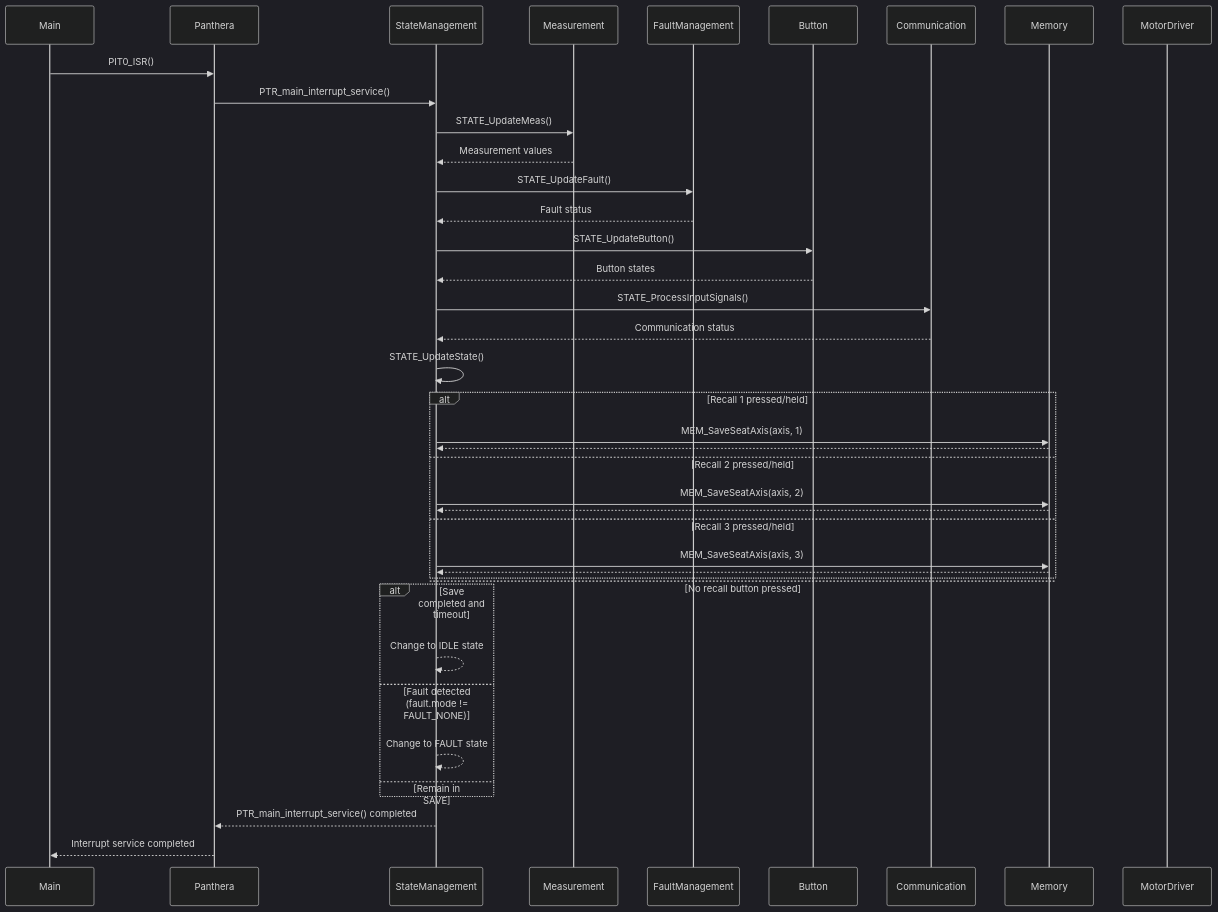
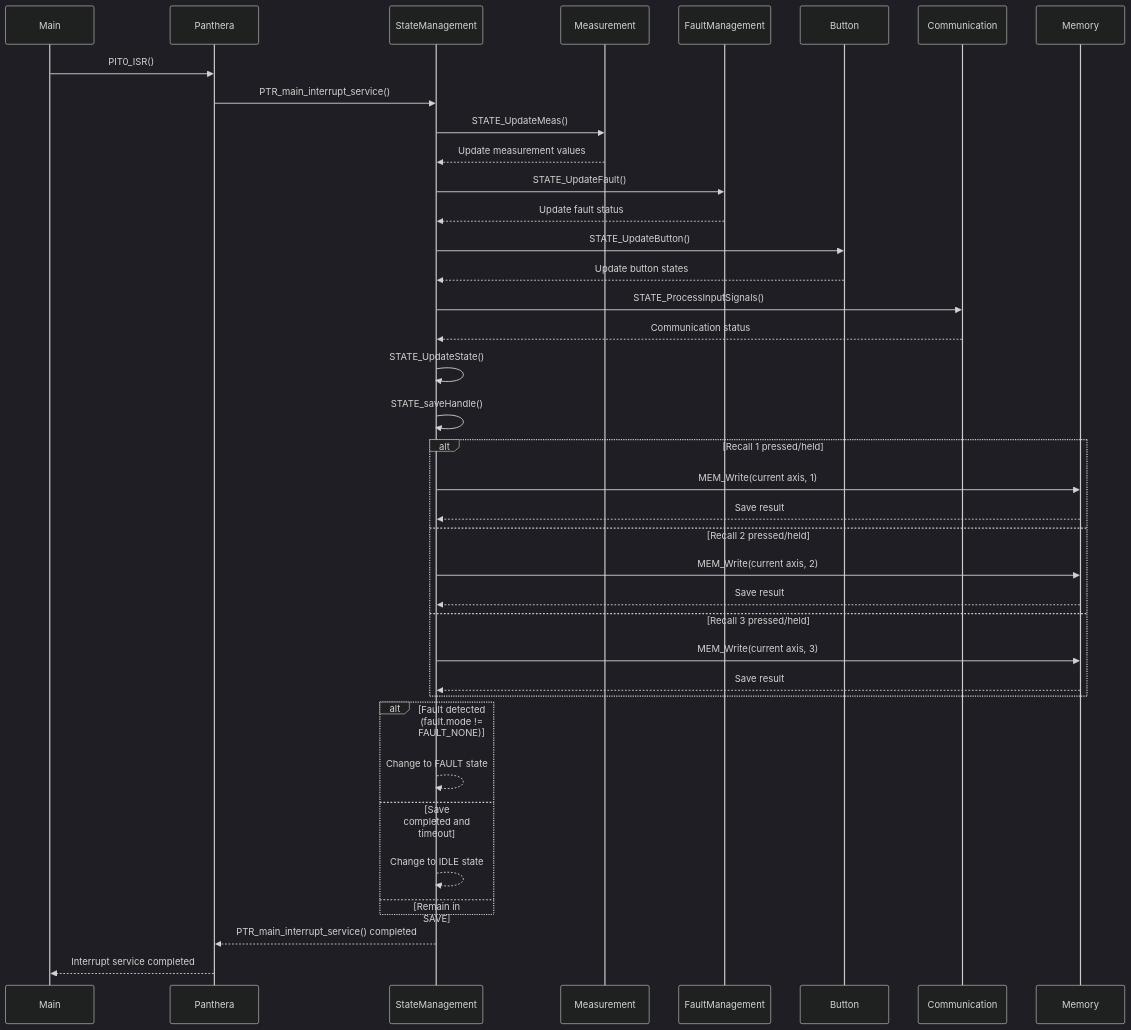
One commit to lab-vncommic/PantheraProject changed the fourth of 10 diagrams in Document/Panthera_Development_Doc_v250818.md. Above: the diagram before and after it, drawn with Mermaid (dark theme). The commit also changed other lines of this file and 11 other files, not shown here.

````diff
--- a/Document/Panthera_Development_Doc_v250818.md
+++ b/Document/Panthera_Development_Doc_v250818.md
@@ -531,52 +518,47 @@
 ```mermaid
 sequenceDiagram
     participant Main as Main
     participant App as Panthera
     participant State as StateManagement
     participant Meas as Measurement
     participant Fault as FaultManagement
     participant Btn as Button
     participant Comm as Communication
     participant Mem as Memory
-    participant Motor as MotorDriver
 
     Main->>App: PIT0_ISR()
     App->>State: PTR_main_interrupt_service()
     State->>Meas: STATE_UpdateMeas()
-    Meas-->>State: Measurement values
-
+    Meas-->>State: Update measurement values
     State->>Fault: STATE_UpdateFault()
-    Fault-->>State: Fault status
-
+    Fault-->>State: Update fault status
     State->>Btn: STATE_UpdateButton()
-    Btn-->>State: Button states
-
+    Btn-->>State: Update button states
     State->>Comm: STATE_ProcessInputSignals()
     Comm-->>State: Communication status
 
     State->>State: STATE_UpdateState()
+    State->>State: STATE_saveHandle()
 
     %% SAVE state logic
     alt Recall 1 pressed/held
-        State->>Mem: MEM_SaveSeatAxis(axis, 1)
-        Mem-->>State:
+        State->>Mem: MEM_Write(current axis, 1)
+        Mem-->>State: Save result
     else Recall 2 pressed/held
-        State->>Mem: MEM_SaveSeatAxis(axis, 2)
-        Mem-->>State:
+        State->>Mem: MEM_Write(current axis, 2)
+        Mem-->>State: Save result
     else Recall 3 pressed/held
-        State->>Mem: MEM_SaveSeatAxis(axis, 3)
-        Mem-->>State:
-    else No recall button pressed
-        %% Không lưu vị trí
+        State->>Mem: MEM_Write(current axis, 3)
+        Mem-->>State: Save result
     end
 
-    alt Save completed and timeout
+    alt Fault detected (fault.mode != FAULT_NONE)
+        State-->>State: Change to FAULT state
+    else Save completed and timeout
         State-->>State: Change to IDLE state
-    else Fault detected (fault.mode != FAULT_NONE)
-        State-->>State: Change to FAULT state
     else Remain in SAVE
     end
 
     State-->>App: PTR_main_interrupt_service() completed
     App-->>Main: Interrupt service completed
 ```
````
